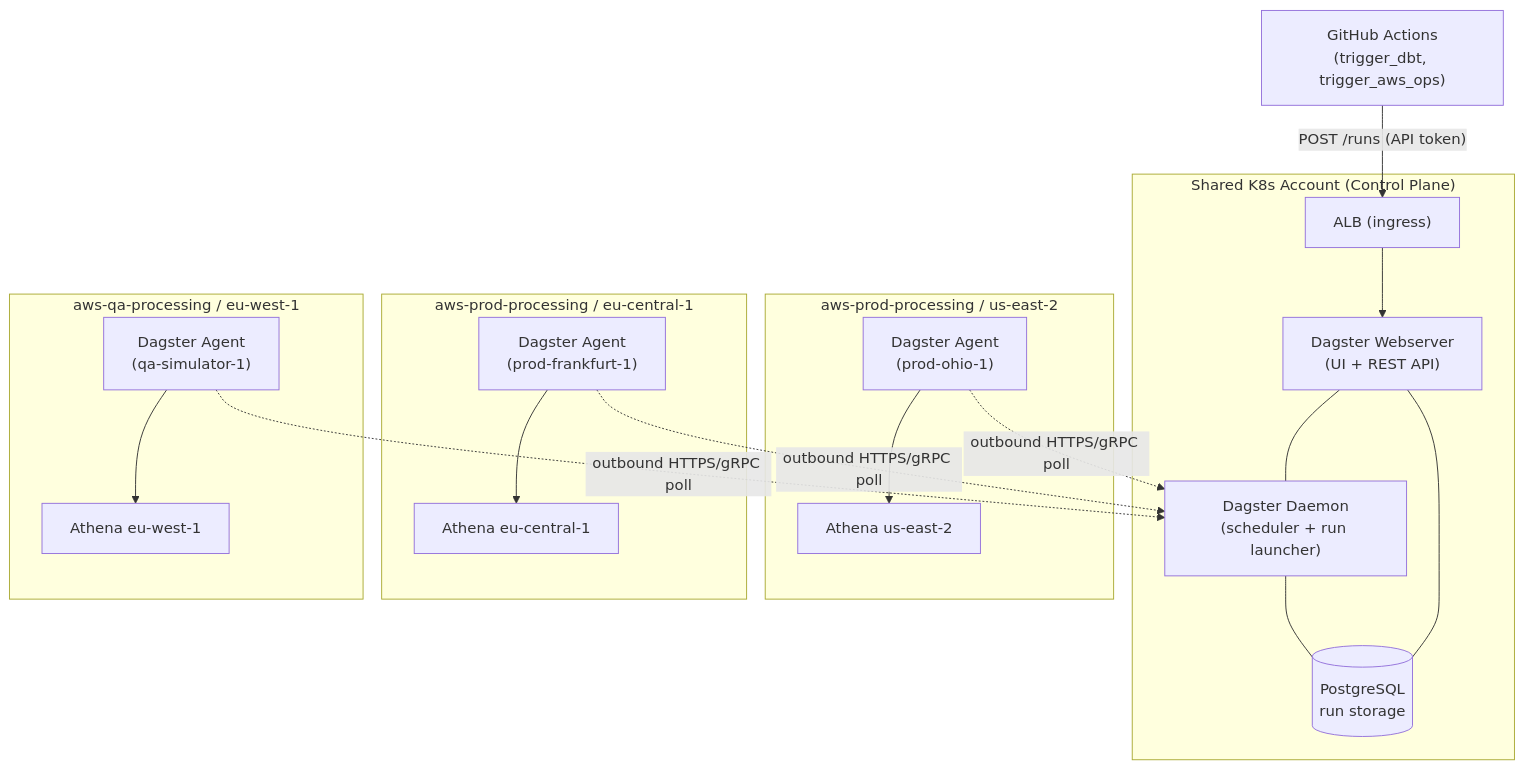
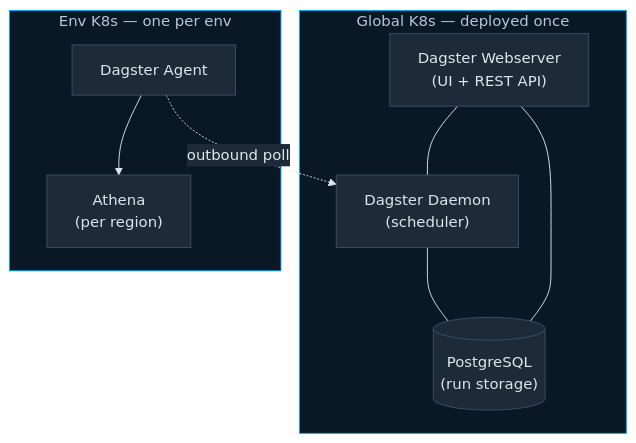
The second of 2 diagrams in pages/09-deployment.md (mosh-ja/itl-presentation), drawn with Mermaid before and after one commit. The commit also changed other lines of this file and 1 other file, not shown here.

````diff
--- a/pages/09-deployment.md
+++ b/pages/09-deployment.md
@@ -95,36 +59,31 @@
 ```mermaid
+%%{init: {
+  'theme': 'base',
+  'themeVariables': {
+    'background': '#0B0F14',
+    'primaryColor': '#1e2a38',
+    'primaryBorderColor': '#3a5068',
+    'primaryTextColor': '#dce6f0',
+    'lineColor': '#dce6f0',
+    'edgeColor': '#7ab8e0',
+    'edgeLabelBackground': '#1e2a38',
+    'clusterBkg': '#0a1825',
+    'clusterBorder': '#00aaff'
+  }
+}}%%
 graph TD
-    subgraph Shared["Shared K8s Account (Control Plane)"]
+    subgraph CP["Global K8s — deployed once"]
         Web["Dagster Webserver\n(UI + REST API)"]
-        Daemon["Dagster Daemon\n(scheduler + run launcher)"]
-        PG[("PostgreSQL\nrun storage")]
-        ALB["ALB (ingress)"]
-        ALB --> Web
+        Daemon["Dagster Daemon\n(scheduler)"]
+        PG[("PostgreSQL\n(run storage)")]
         Web --- Daemon
         Web --- PG
         Daemon --- PG
     end
-
-    GHA["GitHub Actions\n(trigger_dbt, trigger_aws_ops)"]
-    GHA -->|"POST /runs (API token)"| ALB
-
-    subgraph Ohio["aws-prod-processing / us-east-2"]
-        AgentOhio["Dagster Agent\n(prod-ohio-1)"]
-        AthenaOhio["Athena us-east-2"]
-        AgentOhio --> AthenaOhio
+    subgraph EK["Env K8s — one per env"]
+        Agent["Dagster Agent"]
+        Athena["Athena\n(per region)"]
+        Agent --> Athena
     end
-    subgraph Frankfurt["aws-prod-processing / eu-central-1"]
-        AgentFrank["Dagster Agent\n(prod-frankfurt-1)"]
-        AthenaFrank["Athena eu-central-1"]
-        AgentFrank --> AthenaFrank
-    end
-    subgraph QASim["aws-qa-processing / eu-west-1"]
-        AgentSim["Dagster Agent\n(qa-simulator-1)"]
-        AthenaSim["Athena eu-west-1"]
-        AgentSim --> AthenaSim
-    end
-
-    AgentOhio -.->|"outbound HTTPS/gRPC poll"| Daemon
-    AgentFrank -.->|"outbound HTTPS/gRPC poll"| Daemon
-    AgentSim -.->|"outbound HTTPS/gRPC poll"| Daemon
+    Agent -.->|"outbound poll"| Daemon
 ```
````
